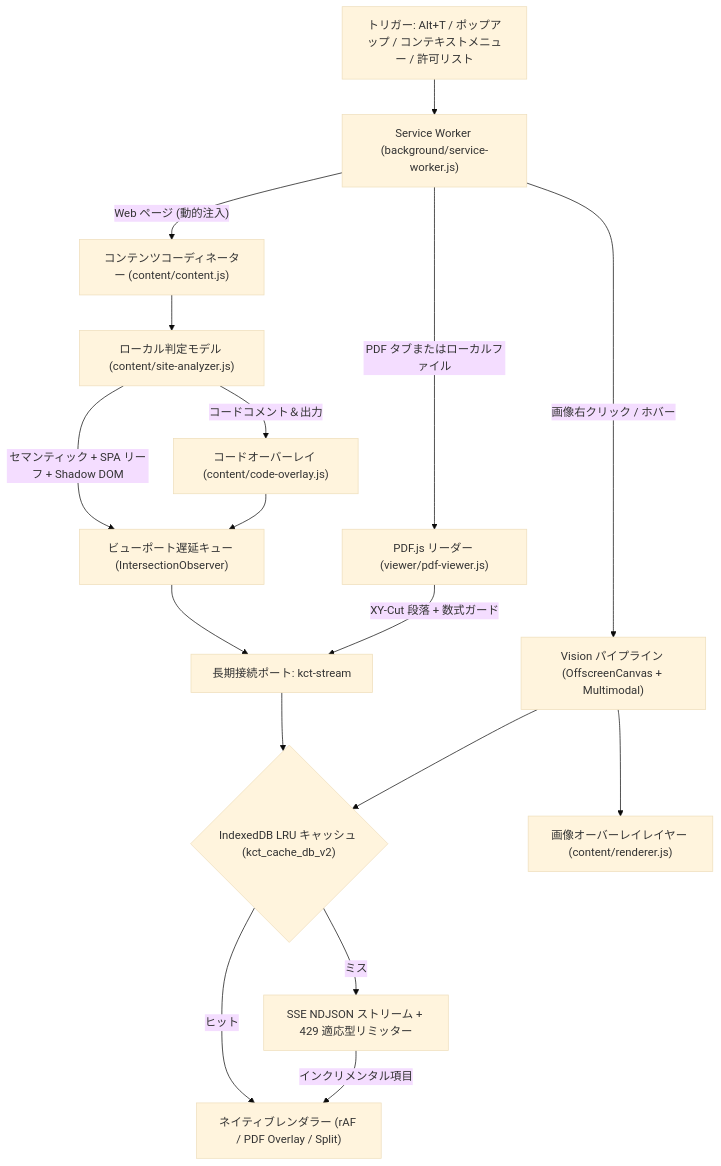
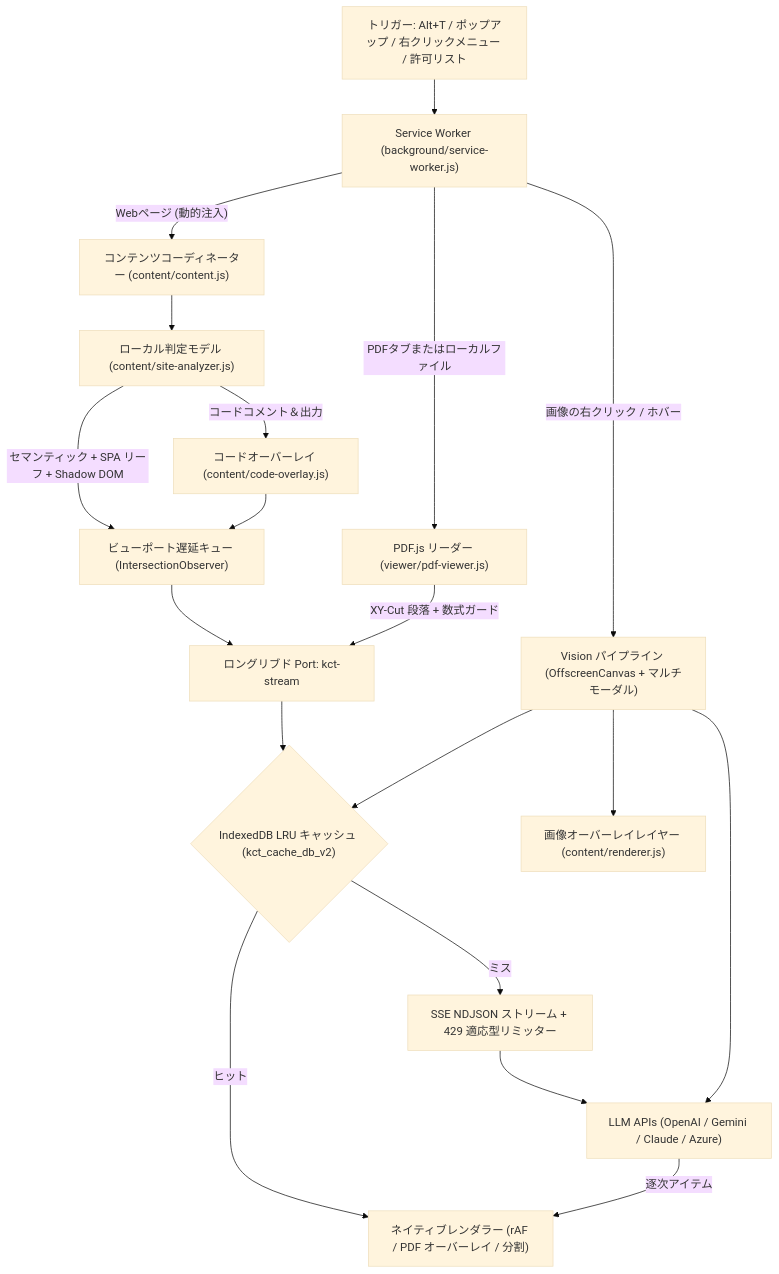
The first of 2 diagrams in README.ja.md (Chih-Kai-Wang/kaggle-course-translator), drawn with Mermaid (base theme) before and after one commit. The commit also changed other lines of this file and 23 other files, not shown here.

First line of the commit message:
feat(v2.4.0): update notice, Claude & Azure OpenAI providers, README rewrite with local decision-model diagram

````diff
--- a/README.ja.md
+++ b/README.ja.md
@@ -65,19 +76,21 @@
 ```mermaid
 flowchart TD
-    Trigger["トリガー: Alt+T / ポップアップ / コンテキストメニュー / 許可リスト"] --> SW["Service Worker (background/service-worker.js)"]
-    SW -->|"Web ページ (動的注入)"| Content["コンテンツコーディネーター (content/content.js)"]
-    SW -->|"PDF タブまたはローカルファイル"| PDF["PDF.js リーダー (viewer/pdf-viewer.js)"]
-    SW -->|"画像右クリック / ホバー"| Vision["Vision パイプライン (OffscreenCanvas + Multimodal)"]
+    Trigger["トリガー: Alt+T / ポップアップ / 右クリックメニュー / 許可リスト"] --> SW["Service Worker (background/service-worker.js)"]
+    SW -->|"Webページ (動的注入)"| Content["コンテンツコーディネーター (content/content.js)"]
+    SW -->|"PDFタブまたはローカルファイル"| PDF["PDF.js リーダー (viewer/pdf-viewer.js)"]
+    SW -->|"画像の右クリック / ホバー"| Vision["Vision パイプライン (OffscreenCanvas + マルチモーダル)"]
     Content --> Analyzer["ローカル判定モデル (content/site-analyzer.js)"]
     Analyzer -->|"セマンティック + SPA リーフ + Shadow DOM"| Queue["ビューポート遅延キュー (IntersectionObserver)"]
     Analyzer -->|"コードコメント＆出力"| Code["コードオーバーレイ (content/code-overlay.js)"]
     Code --> Queue
-    Queue --> Port["長期接続ポート: kct-stream"]
+    Queue --> Port["ロングリブド Port: kct-stream"]
     PDF -->|"XY-Cut 段落 + 数式ガード"| Port
     Port --> Cache{"IndexedDB LRU キャッシュ (kct_cache_db_v2)"}
-    Cache -->|"ヒット"| Render["ネイティブレンダラー (rAF / PDF Overlay / Split)"]
+    Cache -->|"ヒット"| Render["ネイティブレンダラー (rAF / PDF オーバーレイ / 分割)"]
     Cache -->|"ミス"| Stream["SSE NDJSON ストリーム + 429 適応型リミッター"]
-    Stream -->|"インクリメンタル項目"| Render
+    Stream --> LLM["LLM APIs (OpenAI / Gemini / Claude / Azure)"]
+    LLM -->|"逐次アイテム"| Render
     Vision --> Cache
+    Vision --> LLM
     Vision --> ImgOverlay["画像オーバーレイレイヤー (content/renderer.js)"]
 ```
````
